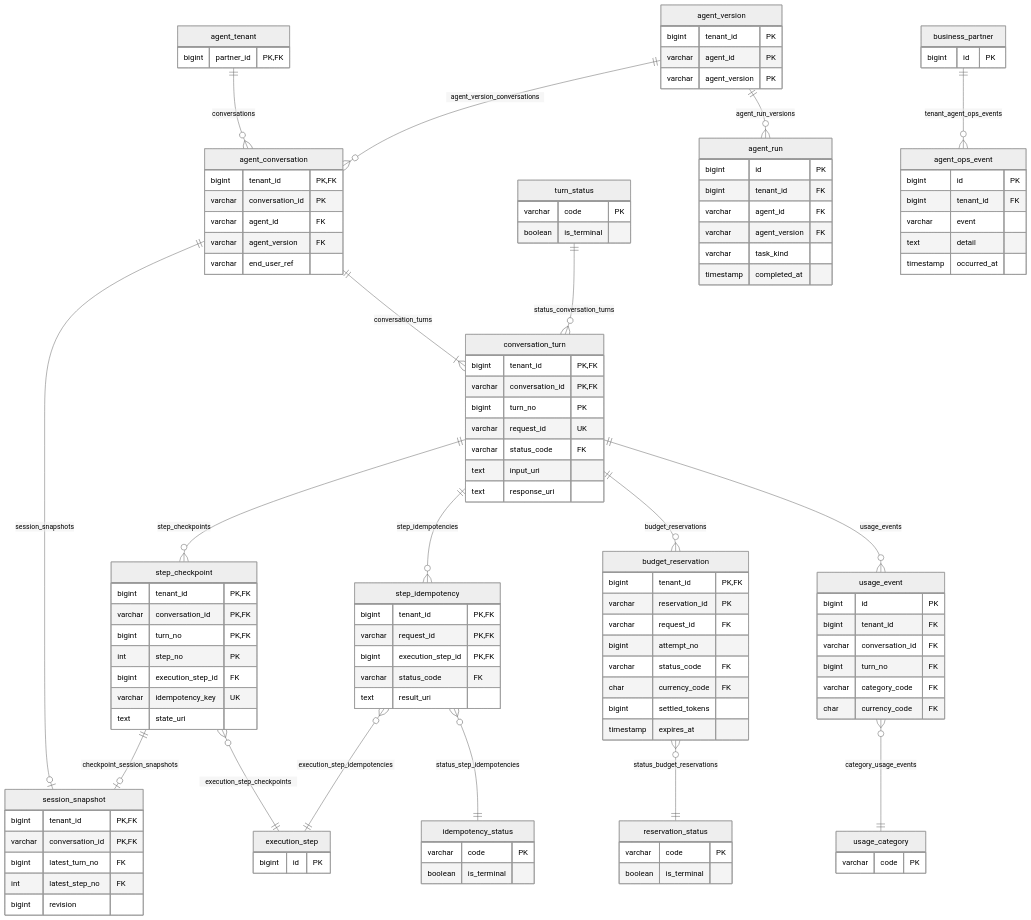
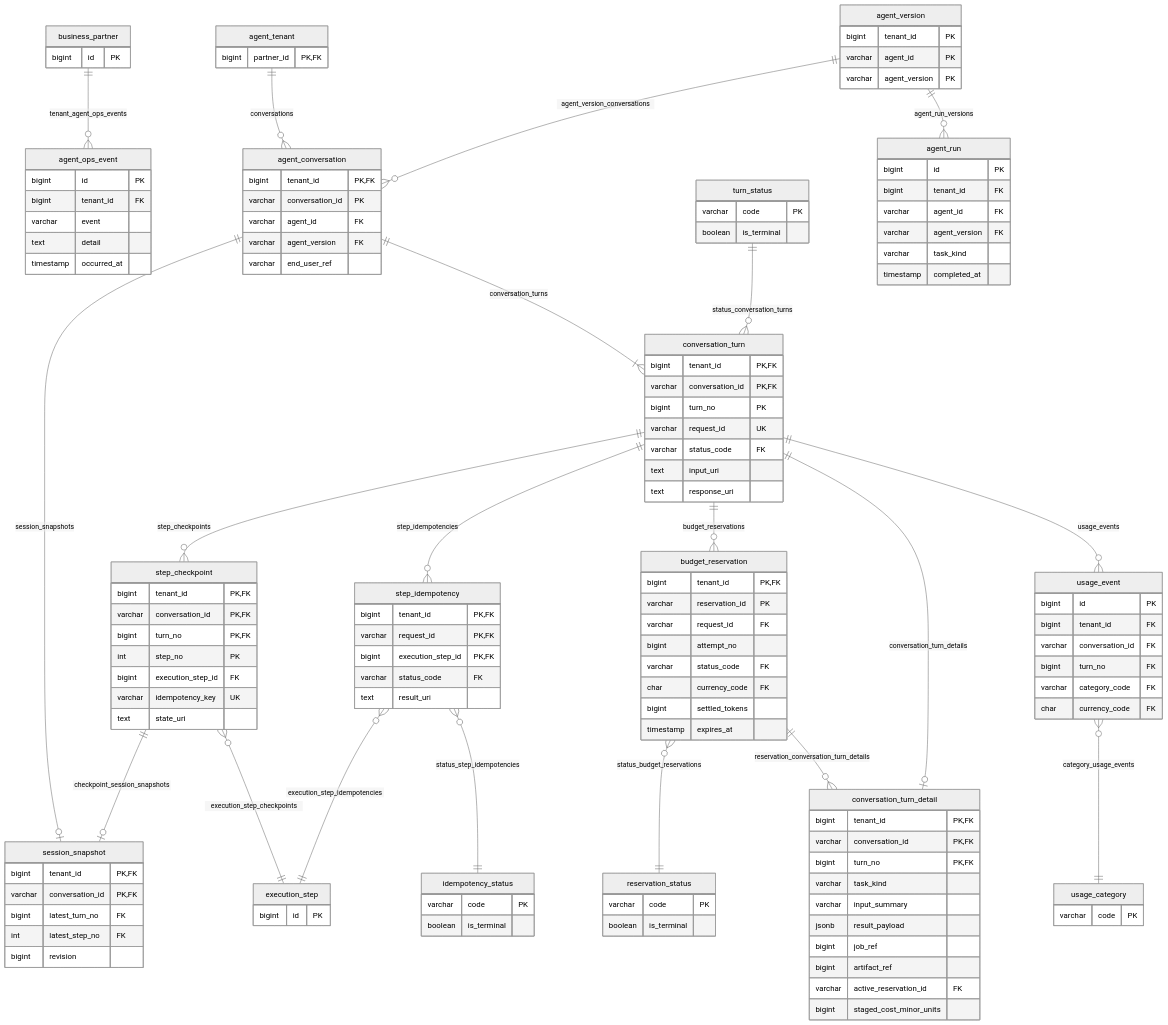
Before and after one commit to nauticana/scout: the fifth of 6 diagrams in DATABASE.md, drawn with Mermaid (neutral theme). The commit also changed 10 other files, not shown here.

Commit message:
implement conversation turn details and entitlement budgeting

````diff
--- a/DATABASE.md
+++ b/DATABASE.md
@@ -358,5 +358,26 @@
 ```mermaid
 erDiagram
+    business_partner ||--o{ agent_ops_event : tenant_agent_ops_events
+
+    agent_tenant ||--o{ agent_conversation : conversations
+    agent_version ||--o{ agent_conversation : agent_version_conversations
+    agent_conversation ||--|{ conversation_turn : conversation_turns
+    turn_status ||--o{ conversation_turn : status_conversation_turns
+    conversation_turn ||--o{ step_checkpoint : step_checkpoints
+    agent_conversation ||--o| session_snapshot : session_snapshots
+    step_checkpoint ||--o| session_snapshot : checkpoint_session_snapshots
+    conversation_turn ||--o{ step_idempotency : step_idempotencies
+    step_checkpoint }o--|| execution_step : execution_step_checkpoints
+    step_idempotency }o--|| execution_step : execution_step_idempotencies
+    step_idempotency }o--|| idempotency_status : status_step_idempotencies
+    conversation_turn ||--o{ budget_reservation : budget_reservations
+    budget_reservation }o--|| reservation_status : status_budget_reservations
+    budget_reservation ||--o{ conversation_turn_detail : reservation_conversation_turn_details
+    conversation_turn ||--o{ usage_event : usage_events
+    conversation_turn ||--o| conversation_turn_detail : conversation_turn_details
+    usage_event }o--|| usage_category : category_usage_events
+    agent_version ||--o{ agent_run : agent_run_versions
+
     agent_tenant {
         bigint partner_id PK,FK
     }
@@ -387,6 +408,18 @@
     turn_status {
         varchar code PK
         boolean is_terminal
+    }
+    conversation_turn_detail {
+        bigint tenant_id PK,FK
+        varchar conversation_id PK,FK
+        bigint turn_no PK,FK
+        varchar task_kind
+        varchar input_summary
+        jsonb result_payload
+        bigint job_ref
+        bigint artifact_ref
+        varchar active_reservation_id FK
+        bigint staged_cost_minor_units
     }
     step_checkpoint {
         bigint tenant_id PK,FK
@@ -458,22 +491,4 @@
     business_partner {
         bigint id PK
     }
-
-    agent_tenant ||--o{ agent_conversation : conversations
-    agent_version ||--o{ agent_conversation : agent_version_conversations
-    agent_conversation ||--|{ conversation_turn : conversation_turns
-    turn_status ||--o{ conversation_turn : status_conversation_turns
-    conversation_turn ||--o{ step_checkpoint : step_checkpoints
-    agent_conversation ||--o| session_snapshot : session_snapshots
-    step_checkpoint ||--o| session_snapshot : checkpoint_session_snapshots
-    conversation_turn ||--o{ step_idempotency : step_idempotencies
-    step_checkpoint }o--|| execution_step : execution_step_checkpoints
-    step_idempotency }o--|| execution_step : execution_step_idempotencies
-    step_idempotency }o--|| idempotency_status : status_step_idempotencies
-    conversation_turn ||--o{ budget_reservation : budget_reservations
-    budget_reservation }o--|| reservation_status : status_budget_reservations
-    conversation_turn ||--o{ usage_event : usage_events
-    usage_event }o--|| usage_category : category_usage_events
-    agent_version ||--o{ agent_run : agent_run_versions
-    business_partner ||--o{ agent_ops_event : tenant_agent_ops_events
 ```
````
